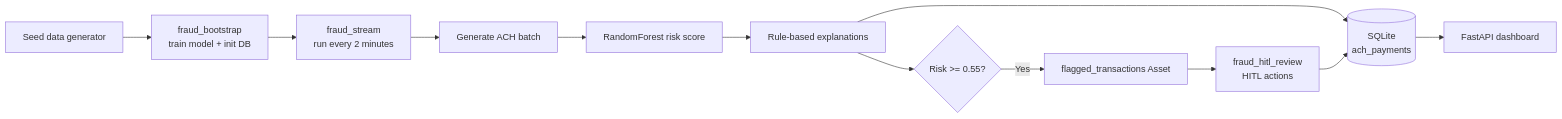
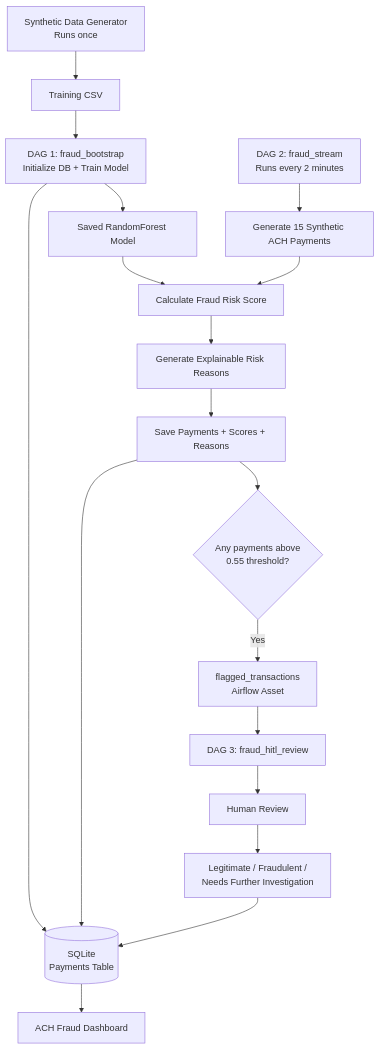
The diagram in ach-fraud-detect/README.md (jesshc/astro-hack-fraud-detection), drawn with Mermaid before and after one commit. The commit also changed other lines of this file and 1 other file, not shown here.

````diff
--- a/ach-fraud-detect/README.md
+++ b/ach-fraud-detect/README.md
@@ -33,14 +23,28 @@
 ```mermaid
-flowchart LR
-    Seed[Seed data generator] --> Bootstrap[fraud_bootstrap\ntrain model + init DB]
-    Bootstrap --> Stream[fraud_stream\nrun every 2 minutes]
-    Stream --> Generate[Generate ACH batch]
-    Generate --> Score[RandomForest risk score]
-    Score --> Explain[Rule-based explanations]
-    Explain --> Store[(SQLite\nach_payments)]
-    Explain --> Flag{Risk >= 0.55?}
-    Flag -->|Yes| Asset[flagged_transactions Asset]
-    Asset --> Review[fraud_hitl_review\nHITL actions]
-    Review --> Store
-    Store --> Dashboard[FastAPI dashboard]
+flowchart TB
+    Seed["Synthetic Data Generator<br/>Runs once"] --> CSV["Training CSV"]
+
+    CSV --> Bootstrap["DAG 1: fraud_bootstrap<br/>Initialize DB + Train Model"]
+
+    Bootstrap --> DB[("SQLite<br/>Payments Table")]
+    Bootstrap --> Model["Saved RandomForest Model"]
+
+    Stream["DAG 2: fraud_stream<br/>Runs every 2 minutes"]
+        --> Generate["Generate 15 Synthetic ACH Payments"]
+        --> Score["Calculate Fraud Risk Score"]
+        --> Explain["Generate Explainable Risk Reasons"]
+        --> Save["Save Payments + Scores + Reasons"]
+
+    Model --> Score
+    Save --> DB
+
+    Save --> Flag{"Any payments above<br/>0.55 threshold?"}
+
+    Flag -->|Yes| Asset["flagged_transactions<br/>Airflow Asset"]
+    Asset --> Review["DAG 3: fraud_hitl_review"]
+    Review --> HITL["Human Review"]
+    HITL --> Decision["Legitimate / Fraudulent /<br/>Needs Further Investigation"]
+    Decision --> DB
+
+    DB --> Dashboard["ACH Fraud Dashboard"]
 ```
````
